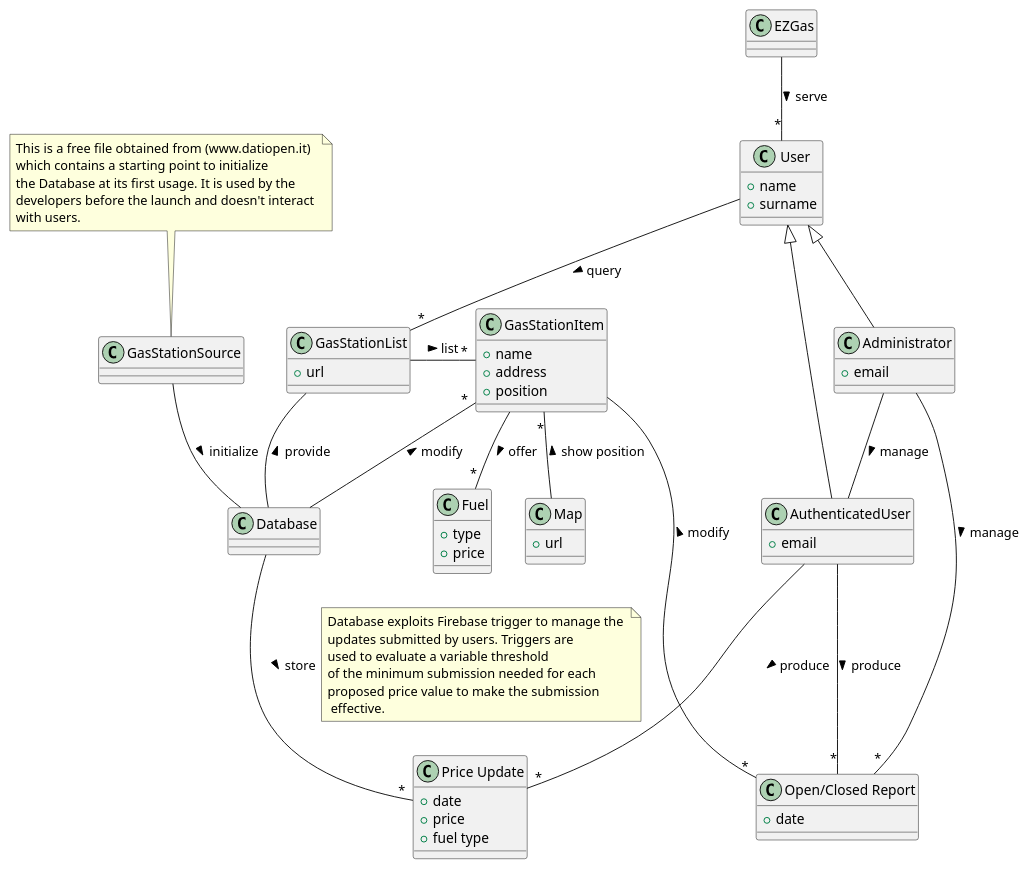
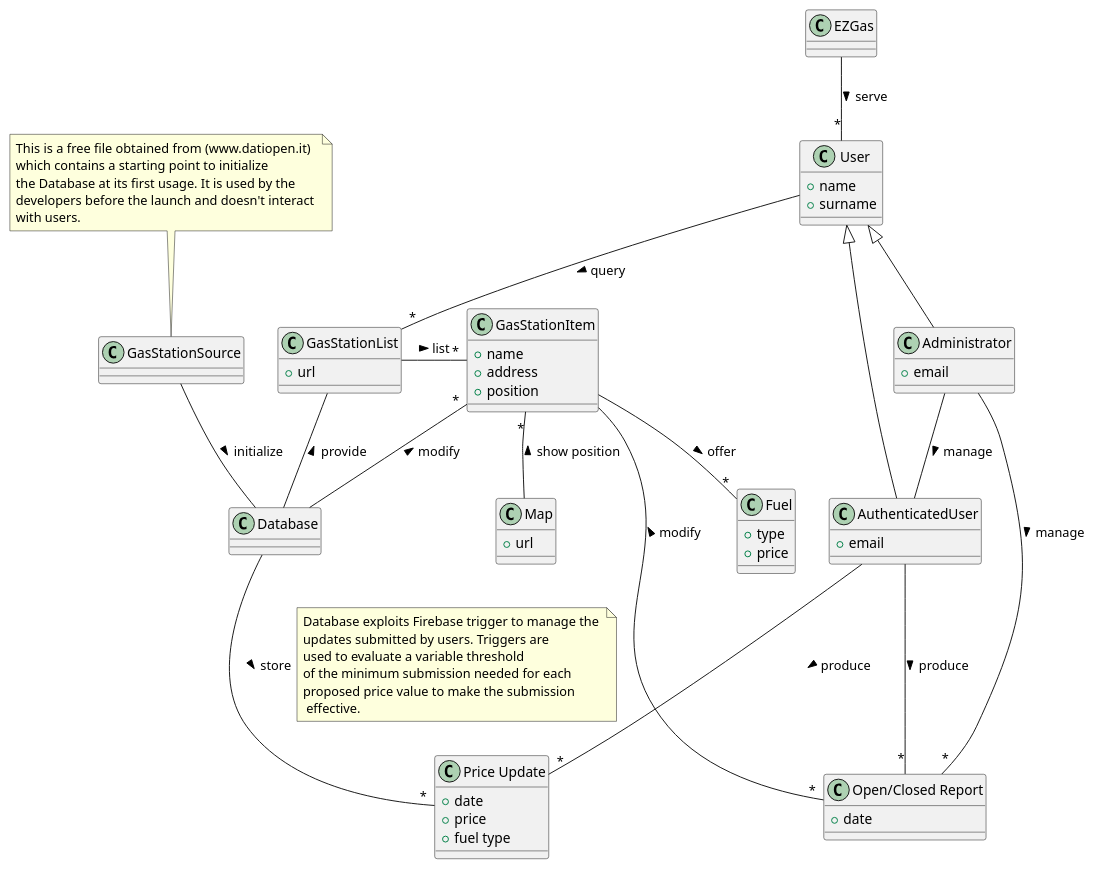
One commit to aureliocirella/se1-ezgas changed the third of 5 diagrams in docs/RequirementsDocument.md. Above: the diagram before and after it, drawn with PlantUML. The commit also changed other lines of this file, not shown here.

Commit message:
add: deployment diagram

````diff
--- a/docs/RequirementsDocument.md
+++ b/docs/RequirementsDocument.md
@@ -442,78 +442,79 @@
 ```plantuml
 class User {
 + name
 + surname
 }
 class Administrator {
 + email
 }
 
 class Fuel {
 +type
 +price
 }
 
 class GasStationList {
 +url
 }
 
 class GasStationItem {
 + name
 + address
 + position
 }
 
 class "Open/Closed Report"{
 + date
 
 }
 
 class "Price Update"{
 + date
 + price
 +fuel type
 }
 
 class Map {
 + url
 
 }
 
 class AuthenticatedUser{
 + email
 }
  
  
 
 EZGas -- "*" User :serve >
 GasStationSource -down- Database :  initialize > 
 note top of GasStationSource
 This is a free file obtained from (www.datiopen.it) 
 which contains a starting point to initialize 
 the Database at its first usage. It is used by the 
 developers before the launch and doesn't interact 
 with users.
 end note
 Database -- GasStationList : provide >
+Database -[hidden]- GasStationList 
 Administrator -- AuthenticatedUser: manage >
 User <|-- Administrator 
 GasStationList -right- "*" GasStationItem :list >
 User <|-right- AuthenticatedUser 
 GasStationItem "*"-- Map : < show position
 User -- "*"  GasStationList : query >
 GasStationItem -- "*" "Open/Closed Report" :< modify 
 Administrator -- "*"  "Open/Closed Report" :  manage >
 Database -- "*"  "Price Update" :  store >
 note right on link
 Database exploits Firebase trigger to manage the 
 updates submitted by users. Triggers are
 used to evaluate a variable threshold 
 of the minimum submission needed for each 
 proposed price value to make the submission
  effective.
 end note
 AuthenticatedUser-- "*" "Open/Closed Report" : produce >
 AuthenticatedUser-- "*"  "Price Update" : produce >
 GasStationItem "*" -- Database : < modify
 GasStationItem  -- "*" Fuel : > offer
 ```
````
